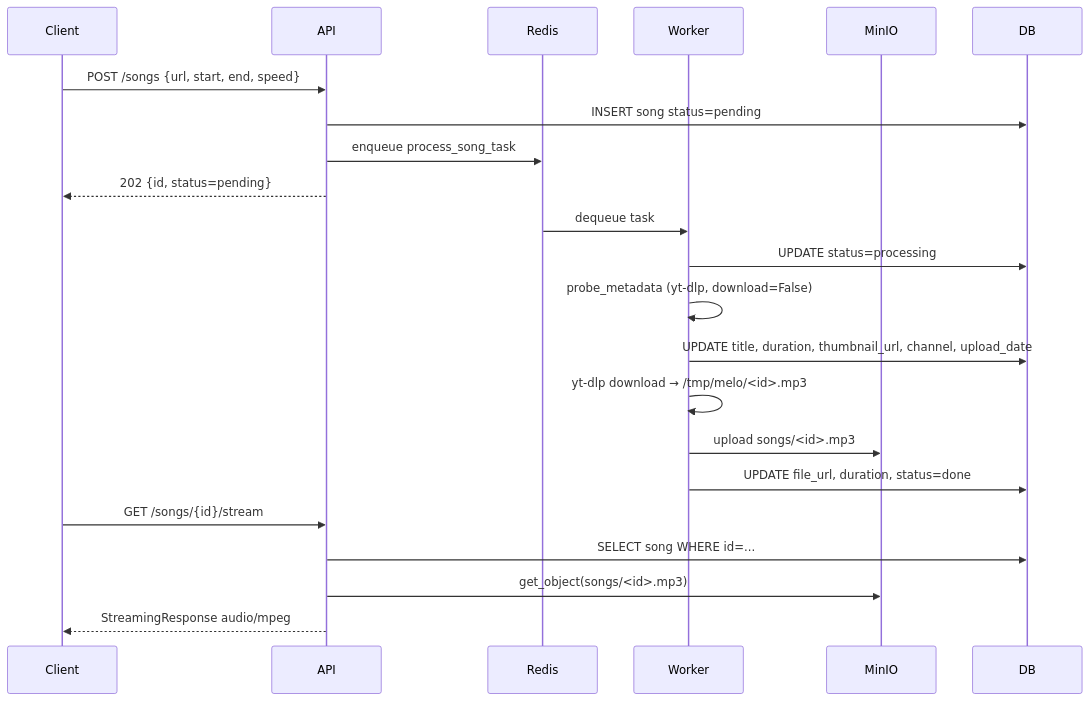
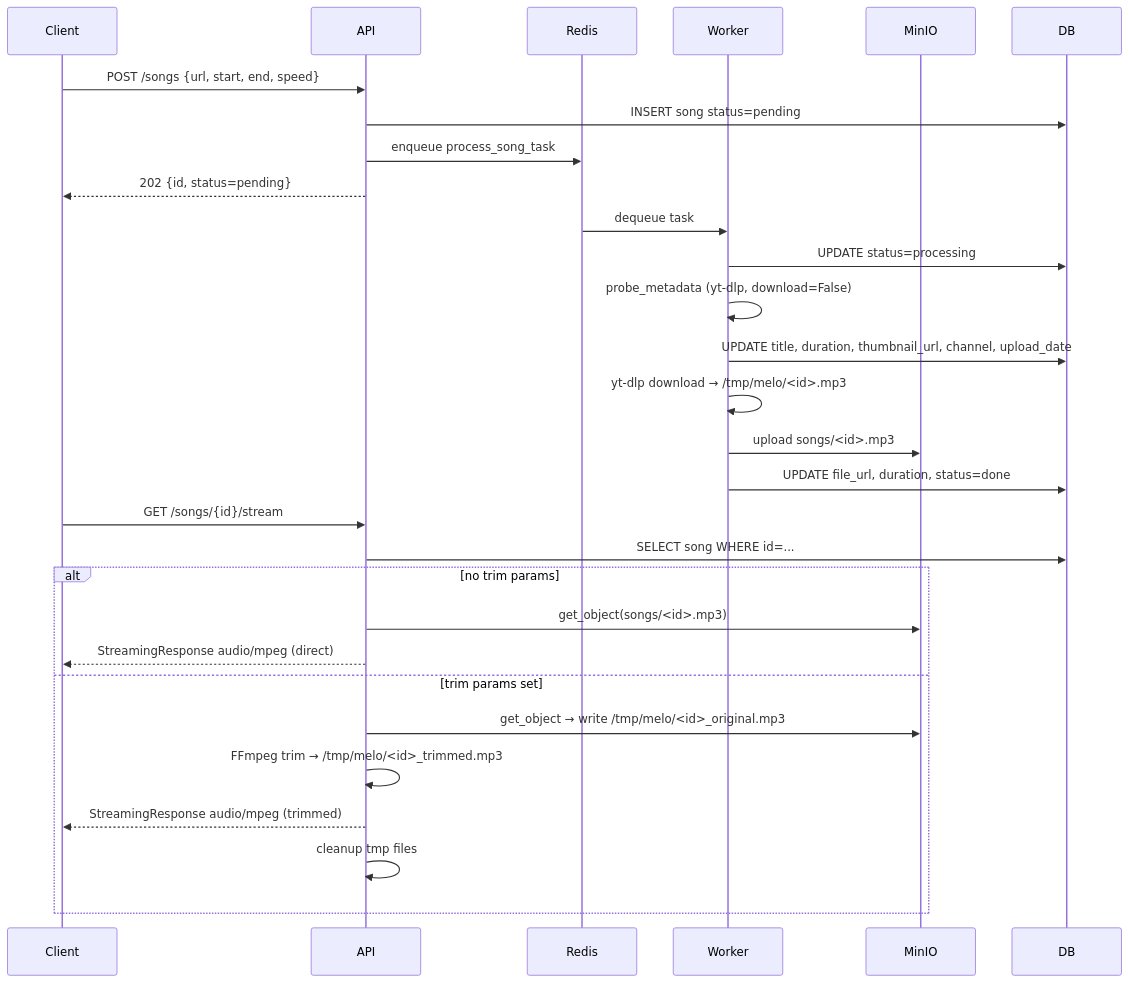
Before and after one commit to KarthikUdyawar/melo: the second of 5 diagrams in README.md, drawn with Mermaid. The commit also changed other lines of this file and 3 other files, not shown here.

Commit message:
feat(streaming): implement FFmpeg trimming on-the-fly for audio streaming

````diff
--- a/README.md
+++ b/README.md
@@ -43,27 +43,34 @@
 ```mermaid
 sequenceDiagram
     participant C as Client
     participant A as API
     participant R as Redis
     participant W as Worker
     participant M as MinIO
     participant D as DB
 
     C->>A: POST /songs {url, start, end, speed}
     A->>D: INSERT song status=pending
     A->>R: enqueue process_song_task
     A-->>C: 202 {id, status=pending}
 
     R->>W: dequeue task
     W->>D: UPDATE status=processing
     W->>W: probe_metadata (yt-dlp, download=False)
     W->>D: UPDATE title, duration, thumbnail_url, channel, upload_date
     W->>W: yt-dlp download → /tmp/melo/<id>.mp3
     W->>M: upload songs/<id>.mp3
     W->>D: UPDATE file_url, duration, status=done
 
     C->>A: GET /songs/{id}/stream
     A->>D: SELECT song WHERE id=...
-    A->>M: get_object(songs/<id>.mp3)
-    A-->>C: StreamingResponse audio/mpeg
+    alt no trim params
+        A->>M: get_object(songs/<id>.mp3)
+        A-->>C: StreamingResponse audio/mpeg (direct)
+    else trim params set
+        A->>M: get_object → write /tmp/melo/<id>_original.mp3
+        A->>A: FFmpeg trim → /tmp/melo/<id>_trimmed.mp3
+        A-->>C: StreamingResponse audio/mpeg (trimmed)
+        A->>A: cleanup tmp files
+    end
 ```
````
